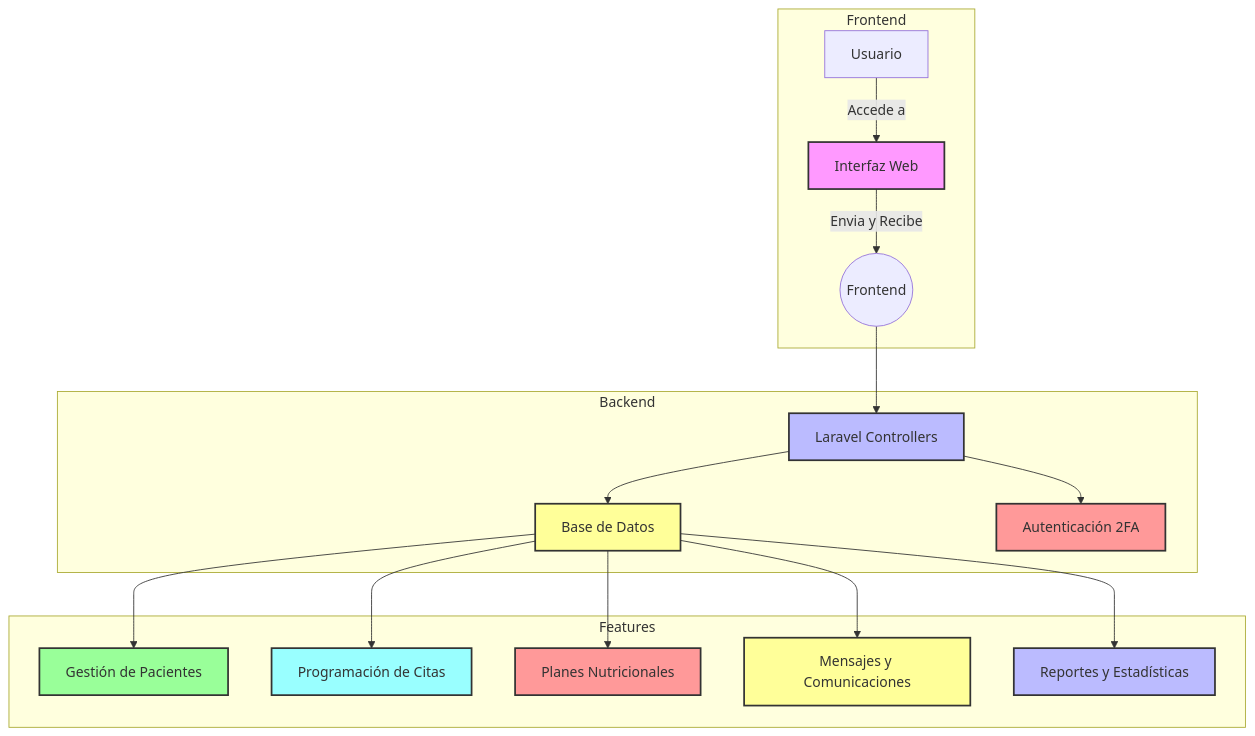
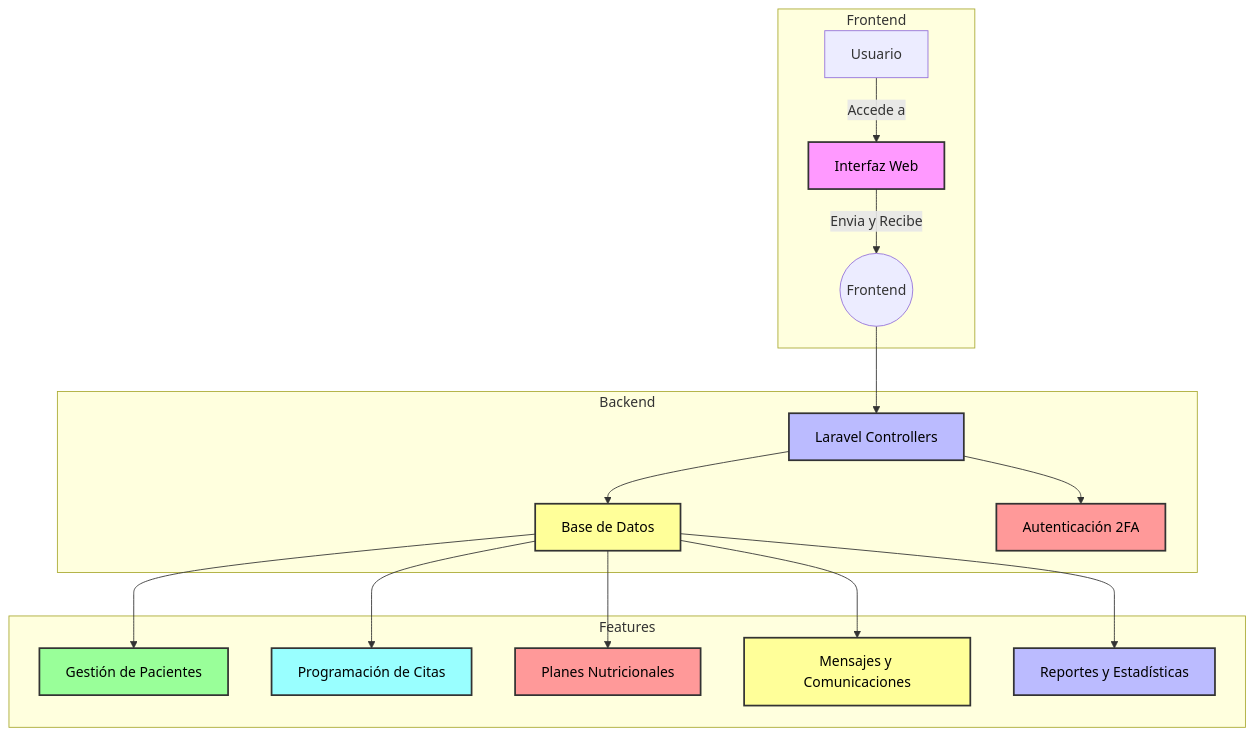
One commit to CristobalZurita/secure-webflow-laravel-project changed the diagram in README.md. Above: the diagram before and after it, drawn with Mermaid. The commit also changed other lines of this file, not shown here.

Commit message:
LICENCE Y README.MD añadidos5

````diff
--- a/README.md
+++ b/README.md
@@ -68,31 +69,31 @@
 ```mermaid
 flowchart TD
     subgraph Frontend
         A[Usuario] -->|Accede a| B[Interfaz Web]
         B -->|Envia y Recibe| K((Frontend))
-        style B fill:#f9f,stroke:#333,stroke-width:2px;
+        style B fill:#f9f,stroke:#333,stroke-width:2px,color:#000;
     end
 
     subgraph Backend
         K --> C[Laravel Controllers]
         C --> D[Base de Datos]
         C --> E[Autenticación 2FA]
-        style C fill:#bbf,stroke:#333,stroke-width:2px;
-        style D fill:#ff9,stroke:#333,stroke-width:2px;
-        style E fill:#f99,stroke:#333,stroke-width:2px;
+        style C fill:#bbf,stroke:#333,stroke-width:2px,color:#000;
+        style D fill:#ff9,stroke:#333,stroke-width:2px,color:#000;
+        style E fill:#f99,stroke:#333,stroke-width:2px,color:#000;
     end
 
     subgraph Features
         D --> F[Gestión de Pacientes]
         D --> G[Programación de Citas]
         D --> H[Planes Nutricionales]
         D --> I[Mensajes y Comunicaciones]
         D --> J[Reportes y Estadísticas]
-        style F fill:#9f9,stroke:#333,stroke-width:2px;
-        style G fill:#9ff,stroke:#333,stroke-width:2px;
-        style H fill:#f99,stroke:#333,stroke-width:2px;
-        style I fill:#ff9,stroke:#333,stroke-width:2px;
-        style J fill:#bbf,stroke:#333,stroke-width:2px;
+        style F fill:#9f9,stroke:#333,stroke-width:2px,color:#000;
+        style G fill:#9ff,stroke:#333,stroke-width:2px,color:#000;
+        style H fill:#f99,stroke:#333,stroke-width:2px,color:#000;
+        style I fill:#ff9,stroke:#333,stroke-width:2px,color:#000;
+        style J fill:#bbf,stroke:#333,stroke-width:2px,color:#000;
     end
 
 ```
````
